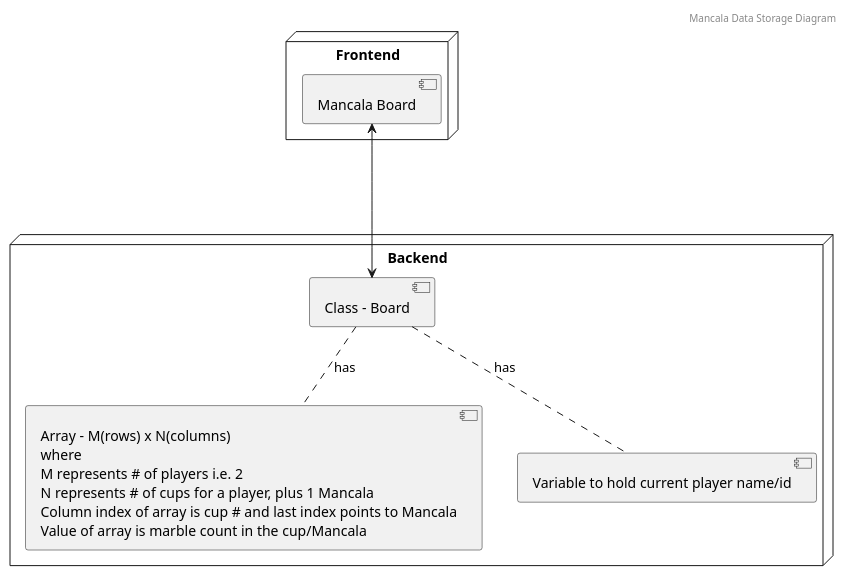
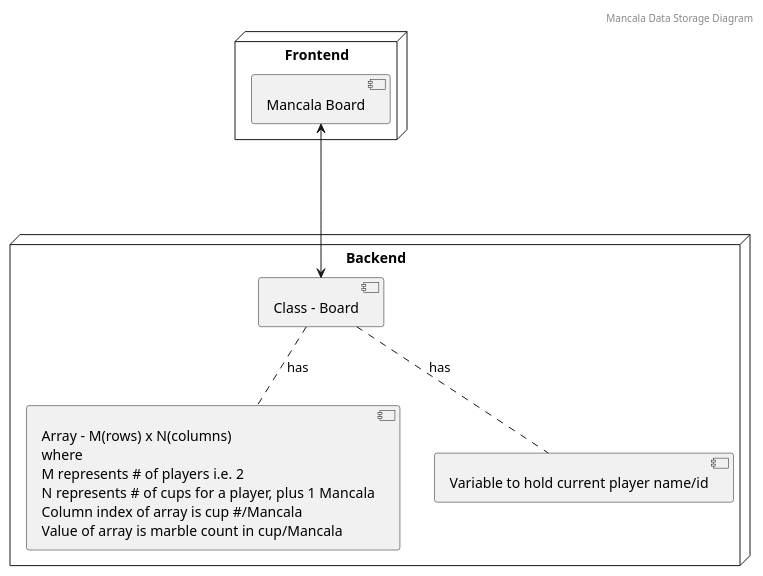
Before and after one commit to Buff-Abhi/Mancala-Board-Game: the diagram in Data Storage.puml, drawn with PlantUML.

Commit message:
Data Storage

```diff
--- a/Data Storage.puml
+++ b/Data Storage.puml
@@ -1,15 +1,15 @@
 @startuml
 'https://plantuml.com/component-diagram
 header Mancala Data Storage Diagram
 
 node "Frontend" {
     [Mancala Board]
 }
 
 node "Backend" {
-    [Class - Board] .. [Array - M(rows) x N(columns)\nwhere\nM represents # of players i.e. 2\nN represents # of cups for a player, plus 1 Mancala\nColumn index of array is cup # and last index points to Mancala\nValue of array is marble count in the cup/Mancala] :has
+    [Class - Board] .. [Array - M(rows) x N(columns)\nwhere\nM represents # of players i.e. 2\nN represents # of cups for a player, plus 1 Mancala\nColumn index of array is cup #/Mancala\nValue of array is marble count in cup/Mancala] :has
     [Class - Board] .. [Variable to hold current player name/id] :has
 }
 
 [Mancala Board] <---> [Class - Board]
 @enduml
```
